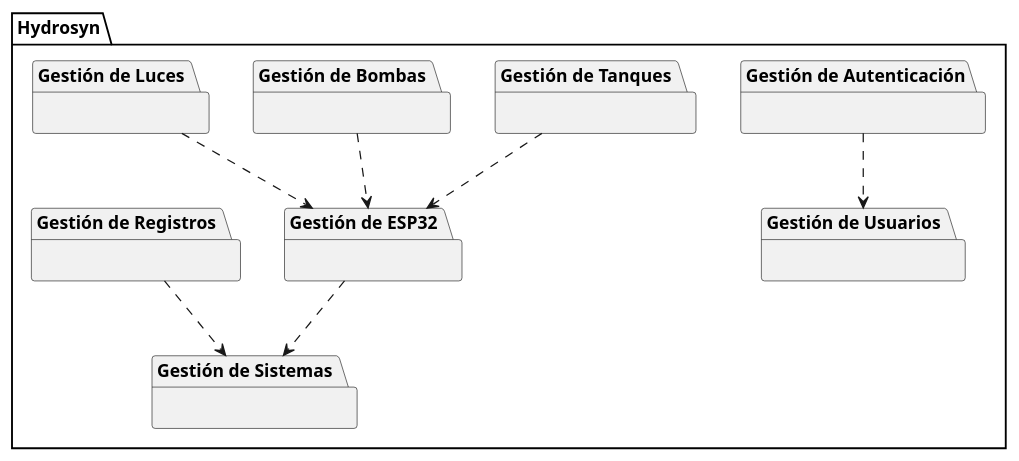
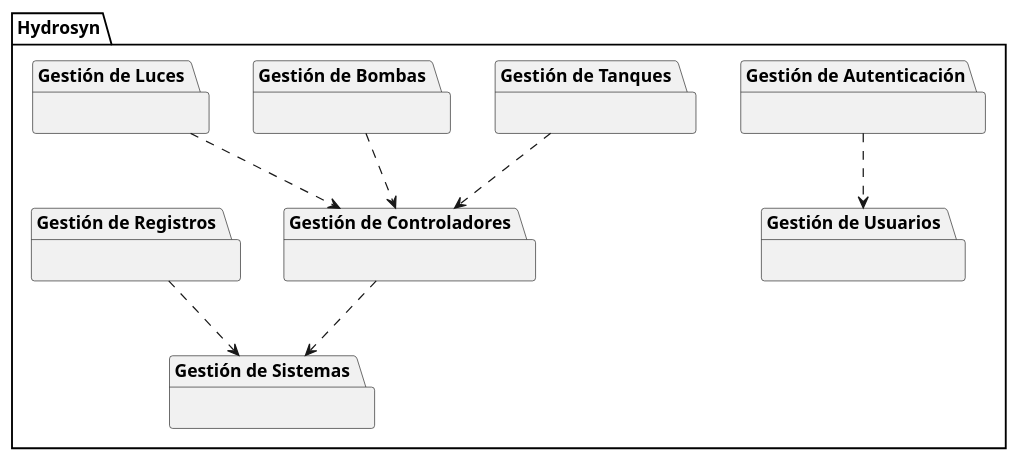
One commit to startsys42/hydrosyn changed the diagram in plantuml/PROPUESTA ARQUITECTURA.PUML. Above: the diagram before and after it, drawn with PlantUML. The commit also changed 9 other files, not shown here.

```diff
--- a/plantuml/PROPUESTA ARQUITECTURA.PUML
+++ b/plantuml/PROPUESTA ARQUITECTURA.PUML
@@ -1,56 +1,56 @@
 @startuml
 
 
 ' Estilo de carpetas (packages)
 skinparam style strictuml
 skinparam packageStyle folder
 skinparam monochrome true
 skinparam shadowing false
 
 package "Hydrosyn" as Hydrosyn {
 
 package "Gestión de Autenticación" as auth {
 }
 
 package "Gestión de Usuarios " as users {
 }
 
 package "Gestión de Sistemas " as systems {
 }
 
-package "Gestión de ESP32 " as esp32 {
+package "Gestión de Controladores " as esp32 {
 }
 
 package "Gestión de Tanques " as tanks {
 }
 
 package "Gestión de Bombas " as pumps {
 }
 
 package "Gestión de Luces " as lights {
 }
 
 package "Gestión de Registros " as logs {
 }
 
 ' --- RELACIONES ---
 
 ' Autenticación es la base para Usuarios
 auth ..> users  
 
 ' Los Sistemas vinculan Usuarios con Hardware
 
 esp32 ..> systems 
 
 ' El hardware depende del controlador ESP32
 tanks ..> esp32
 pumps ..> esp32
 lights ..> esp32
 
 
 
 logs ..> systems 
 
 }
 
 @enduml
```
